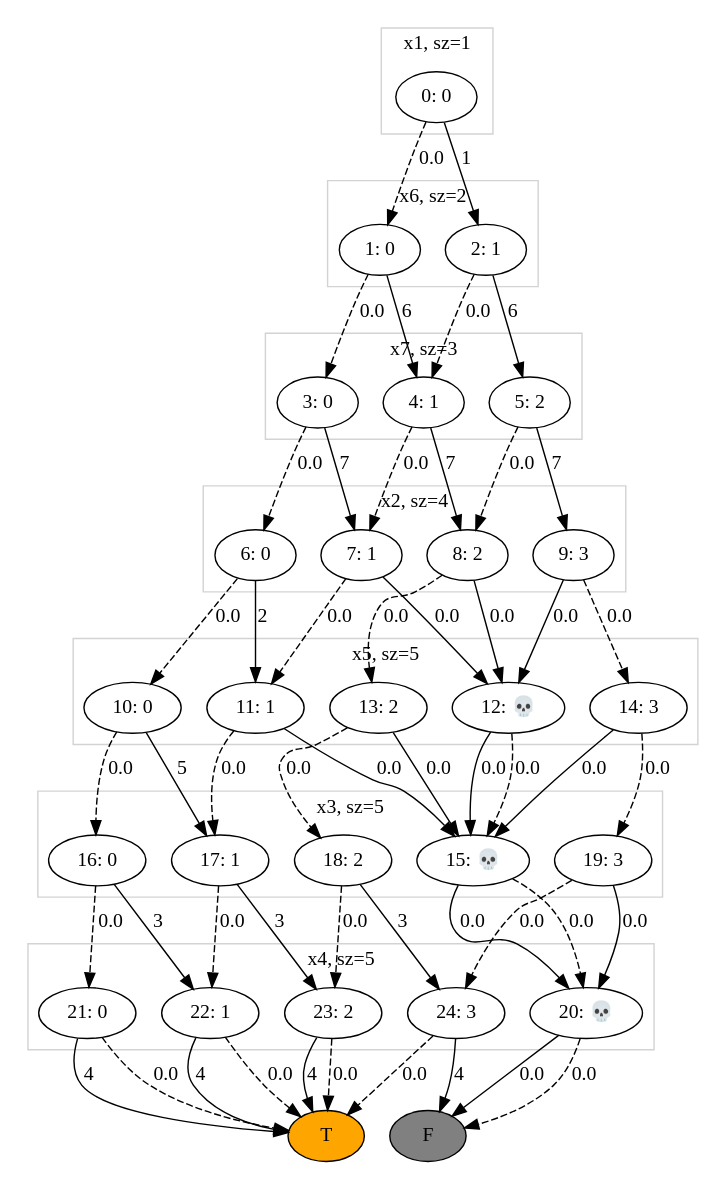
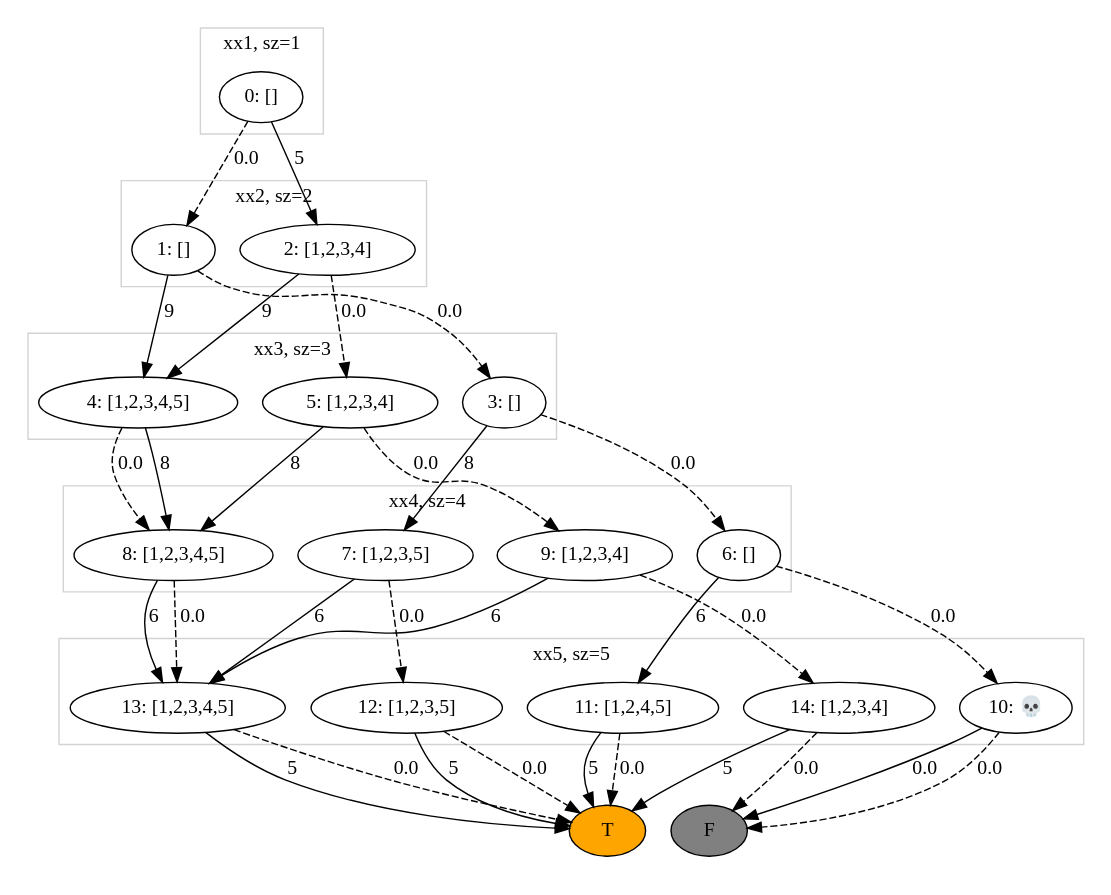
One commit to alex-bochkarev/align-BDD changed the diagram in Digraph.gv. Above: the diagram before and after it, drawn with Graphviz. The commit also changed 22 other files, not shown here.

```diff
--- a/Digraph.gv
+++ b/Digraph.gv
@@ -1,103 +1,67 @@
 digraph {
 	subgraph cluster_0 {
-		0 [label="0: 0"]
-		color=lightgrey label="x1, sz=1"
+		0 [label="0: []"]
+		color=lightgrey label="xx1, sz=1"
 	}
 	subgraph cluster_1 {
-		1 [label="1: 0"]
-		2 [label="2: 1"]
-		color=lightgrey label="x6, sz=2"
+		2 [label="2: [1,2,3,4]"]
+		1 [label="1: []"]
+		color=lightgrey label="xx2, sz=2"
 	}
 	subgraph cluster_2 {
-		3 [label="3: 0"]
-		4 [label="4: 1"]
-		5 [label="5: 2"]
-		color=lightgrey label="x7, sz=3"
+		4 [label="4: [1,2,3,4,5]"]
+		5 [label="5: [1,2,3,4]"]
+		3 [label="3: []"]
+		color=lightgrey label="xx3, sz=3"
 	}
 	subgraph cluster_3 {
-		8 [label="8: 2"]
-		9 [label="9: 3"]
-		6 [label="6: 0"]
-		7 [label="7: 1"]
-		color=lightgrey label="x2, sz=4"
+		6 [label="6: []"]
+		7 [label="7: [1,2,3,5]"]
+		9 [label="9: [1,2,3,4]"]
+		8 [label="8: [1,2,3,4,5]"]
+		color=lightgrey label="xx4, sz=4"
 	}
 	subgraph cluster_4 {
-		14 [label="14: 3"]
-		11 [label="11: 1"]
-		13 [label="13: 2"]
-		10 [label="10: 0"]
-		12 [label="12: 💀"]
-		color=lightgrey label="x5, sz=5"
+		14 [label="14: [1,2,3,4]"]
+		13 [label="13: [1,2,3,4,5]"]
+		11 [label="11: [1,2,4,5]"]
+		12 [label="12: [1,2,3,5]"]
+		10 [label="10: 💀"]
+		color=lightgrey label="xx5, sz=5"
 	}
 	subgraph cluster_5 {
-		16 [label="16: 0"]
-		19 [label="19: 3"]
-		15 [label="15: 💀"]
-		18 [label="18: 2"]
-		17 [label="17: 1"]
-		color=lightgrey label="x3, sz=5"
-	}
-	subgraph cluster_6 {
-		21 [label="21: 0"]
-		24 [label="24: 3"]
-		22 [label="22: 1"]
-		20 [label="20: 💀"]
-		23 [label="23: 2"]
-		color=lightgrey label="x4, sz=5"
-	}
-	subgraph cluster_7 {
+		-1 [label=T fillcolor=orange style=filled]
 		-2 [label=F fillcolor=gray style=filled]
-		-1 [label=T fillcolor=orange style=filled]
 		color=white
 	}
-	0 -> 2 [label=1]
+	0 -> 2 [label=5]
 	0 -> 1 [label=0.0 style=dashed]
-	1 -> 4 [label=6]
+	2 -> 4 [label=9]
+	2 -> 5 [label=0.0 style=dashed]
+	1 -> 4 [label=9]
 	1 -> 3 [label=0.0 style=dashed]
-	2 -> 5 [label=6]
-	2 -> 4 [label=0.0 style=dashed]
-	3 -> 7 [label=7]
+	4 -> 8 [label=8]
+	4 -> 8 [label=0.0 style=dashed]
+	5 -> 8 [label=8]
+	5 -> 9 [label=0.0 style=dashed]
+	3 -> 7 [label=8]
 	3 -> 6 [label=0.0 style=dashed]
-	4 -> 8 [label=7]
-	4 -> 7 [label=0.0 style=dashed]
-	5 -> 9 [label=7]
-	5 -> 8 [label=0.0 style=dashed]
-	8 -> 12 [label=0.0]
+	6 -> 11 [label=6]
+	6 -> 10 [label=0.0 style=dashed]
+	7 -> 13 [label=6]
+	7 -> 12 [label=0.0 style=dashed]
+	9 -> 13 [label=6]
+	9 -> 14 [label=0.0 style=dashed]
+	8 -> 13 [label=6]
 	8 -> 13 [label=0.0 style=dashed]
-	9 -> 12 [label=0.0]
-	9 -> 14 [label=0.0 style=dashed]
-	6 -> 11 [label=2]
-	6 -> 10 [label=0.0 style=dashed]
-	7 -> 12 [label=0.0]
-	7 -> 11 [label=0.0 style=dashed]
-	14 -> 15 [label=0.0]
-	14 -> 19 [label=0.0 style=dashed]
-	11 -> 15 [label=0.0]
-	11 -> 17 [label=0.0 style=dashed]
-	13 -> 15 [label=0.0]
-	13 -> 18 [label=0.0 style=dashed]
-	10 -> 17 [label=5]
-	10 -> 16 [label=0.0 style=dashed]
-	12 -> 15 [label=0.0]
-	12 -> 15 [label=0.0 style=dashed]
-	16 -> 22 [label=3]
-	16 -> 21 [label=0.0 style=dashed]
-	19 -> 20 [label=0.0]
-	19 -> 24 [label=0.0 style=dashed]
-	15 -> 20 [label=0.0]
-	15 -> 20 [label=0.0 style=dashed]
-	18 -> 24 [label=3]
-	18 -> 23 [label=0.0 style=dashed]
-	17 -> 23 [label=3]
-	17 -> 22 [label=0.0 style=dashed]
-	21 -> -1 [label=4]
-	21 -> -1 [label=0.0 style=dashed]
-	24 -> -2 [label=4]
-	24 -> -1 [label=0.0 style=dashed]
-	22 -> -1 [label=4]
-	22 -> -1 [label=0.0 style=dashed]
-	20 -> -2 [label=0.0]
-	20 -> -2 [label=0.0 style=dashed]
-	23 -> -1 [label=4]
-	23 -> -1 [label=0.0 style=dashed]
+	14 -> -1 [label=5]
+	14 -> -2 [label=0.0 style=dashed]
+	13 -> -1 [label=5]
+	13 -> -1 [label=0.0 style=dashed]
+	11 -> -1 [label=5]
+	11 -> -1 [label=0.0 style=dashed]
+	12 -> -1 [label=5]
+	12 -> -1 [label=0.0 style=dashed]
+	10 -> -2 [label=0.0]
+	10 -> -2 [label=0.0 style=dashed]
 }
```
